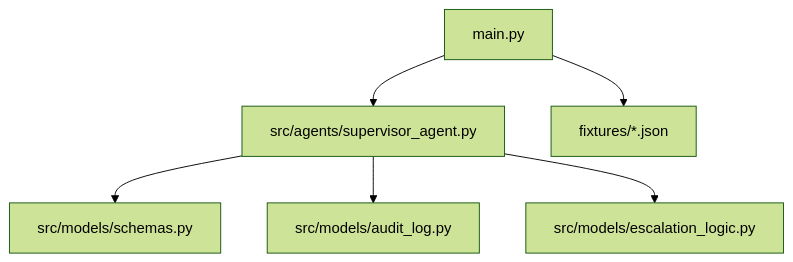
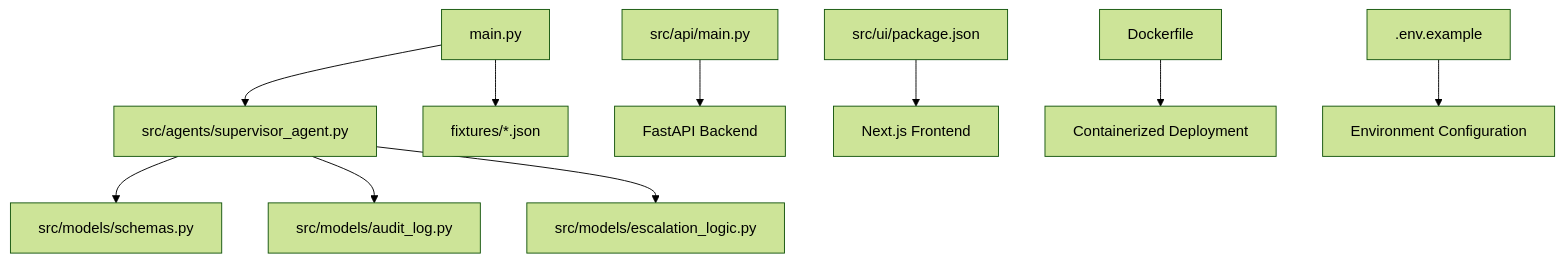
The first of 3 diagrams in .qoder/repowiki/en/content/Getting Started.md (infamous-rebel/CareBridge), drawn with Mermaid (forest theme) before and after one commit. The commit also changed other lines of this file and 12 other files, not shown here.

````diff
--- a/.qoder/repowiki/en/content/Getting Started.md
+++ b/.qoder/repowiki/en/content/Getting Started.md
@@ -42,8 +64,12 @@
 ```mermaid
 graph TB
 A["main.py"] --> B["src/agents/supervisor_agent.py"]
 B --> C["src/models/schemas.py"]
 B --> D["src/models/audit_log.py"]
 B --> E["src/models/escalation_logic.py"]
 A --> F["fixtures/*.json"]
+G["src/api/main.py"] --> H["FastAPI Backend"]
+I["src/ui/package.json"] --> J["Next.js Frontend"]
+K["Dockerfile"] --> L["Containerized Deployment"]
+M[".env.example"] --> N["Environment Configuration"]
 ```
````
